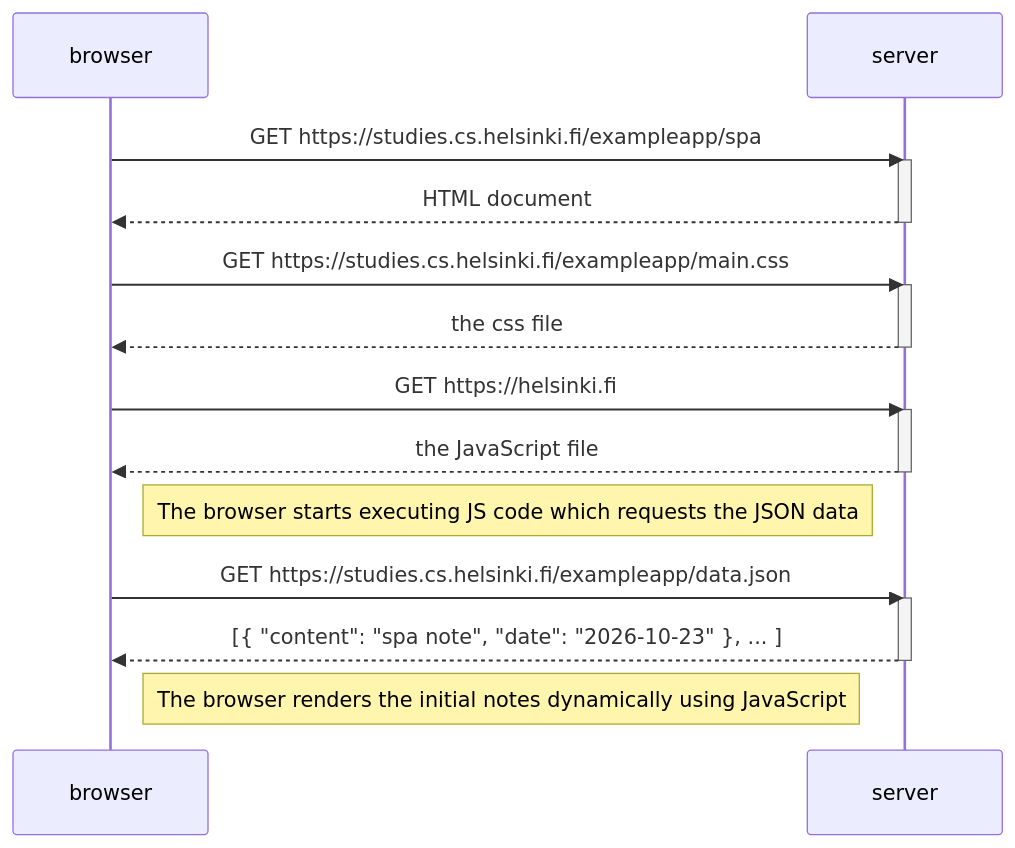
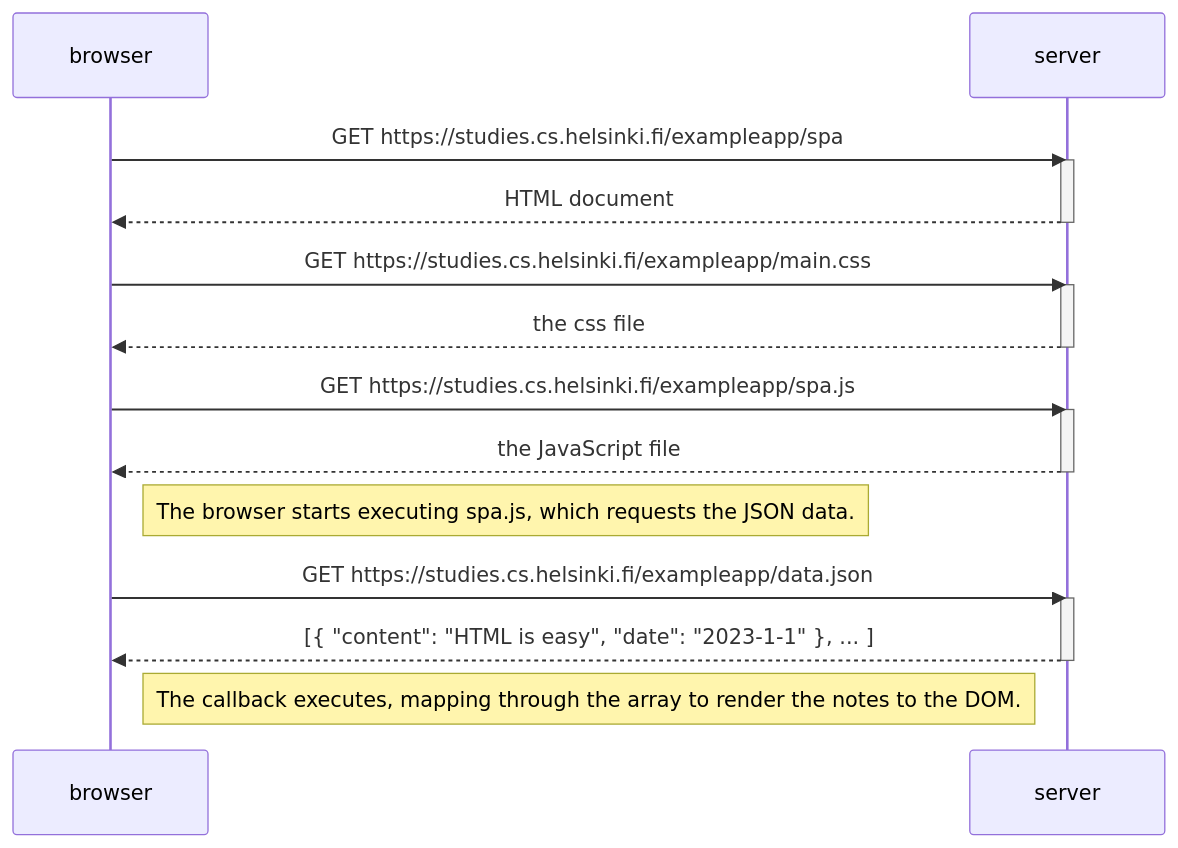
The second of 3 diagrams in part0/README.md (Swarup-Ingale/fullstackopen), drawn with Mermaid before and after one commit. The commit also changed other lines of this file, not shown here.

````diff
--- a/part0/README.md
+++ b/part0/README.md
@@ -45,29 +47,29 @@
 ```mermaid
 sequenceDiagram
     participant browser
     participant server
 
     browser->>server: GET https://studies.cs.helsinki.fi/exampleapp/spa
     activate server
     server-->>browser: HTML document
     deactivate server
 
     browser->>server: GET https://studies.cs.helsinki.fi/exampleapp/main.css
     activate server
     server-->>browser: the css file
     deactivate server
 
-    browser->>server: GET https://helsinki.fi
+    browser->>server: GET https://studies.cs.helsinki.fi/exampleapp/spa.js
     activate server
     server-->>browser: the JavaScript file
     deactivate server
 
-    Note right of browser: The browser starts executing JS code which requests the JSON data
+    Note right of browser: The browser starts executing spa.js, which requests the JSON data.
 
     browser->>server: GET https://studies.cs.helsinki.fi/exampleapp/data.json
     activate server
-    server-->>browser: [{ "content": "spa note", "date": "2026-10-23" }, ... ]
+    server-->>browser: [{ "content": "HTML is easy", "date": "2023-1-1" }, ... ]
     deactivate server
 
-    Note right of browser: The browser renders the initial notes dynamically using JavaScript
+    Note right of browser: The callback executes, mapping through the array to render the notes to the DOM.
 ```
````
